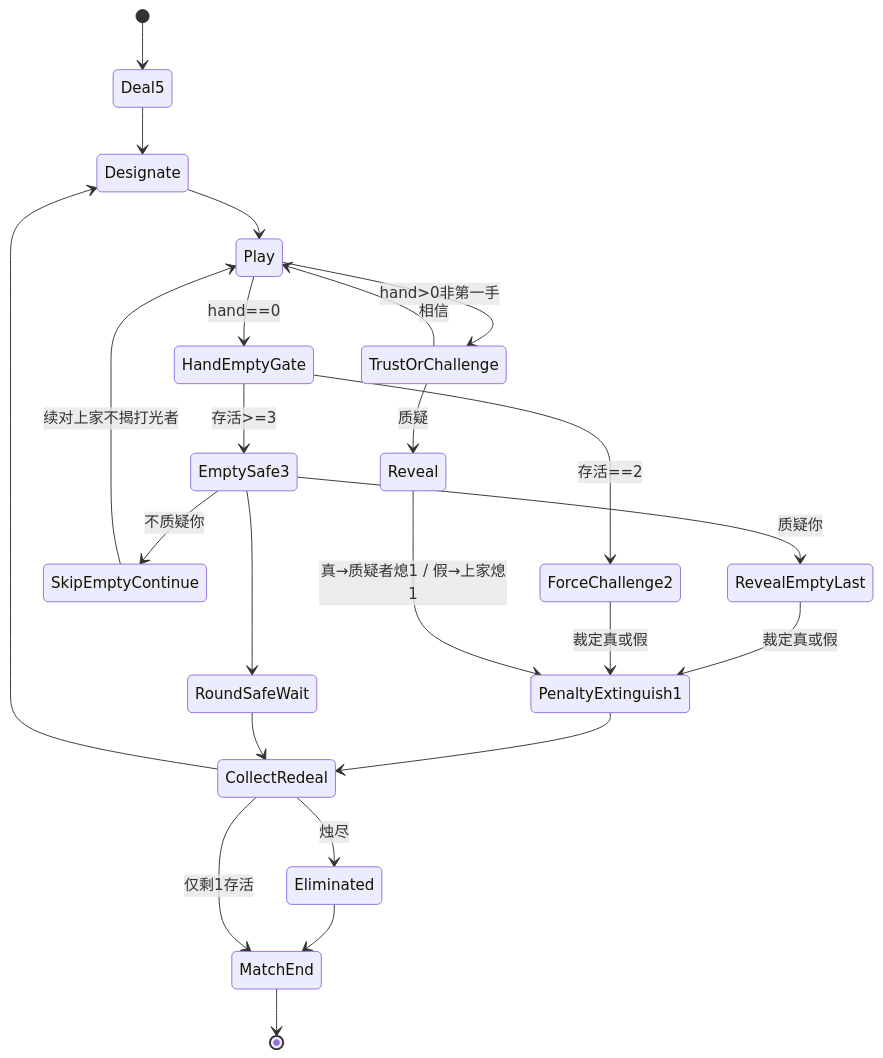
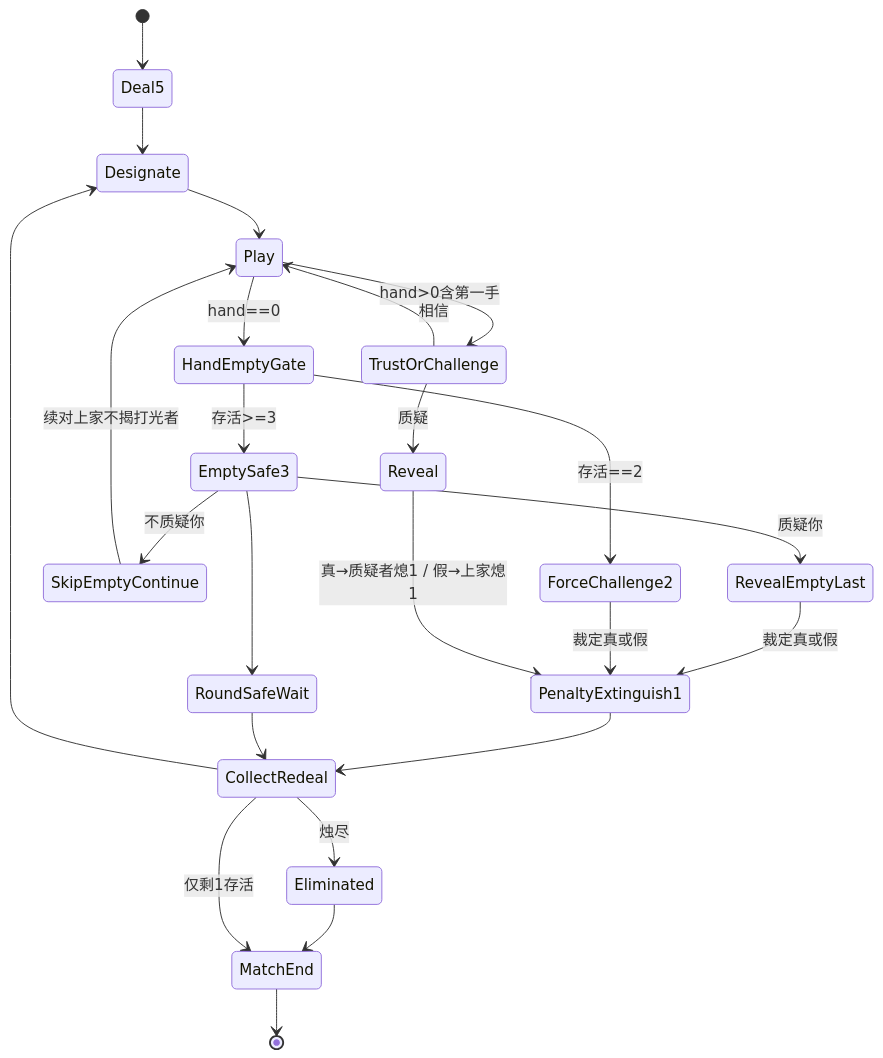
Before and after one commit to xubin0903/LiarBar: the diagram in docs/02-游戏设计/对局-状态机.md, drawn with Mermaid. The commit also changed other lines of this file and 3 other files, not shown here.

````diff
--- a/docs/02-游戏设计/对局-状态机.md
+++ b/docs/02-游戏设计/对局-状态机.md
@@ -76,26 +89,26 @@
 ```mermaid
 stateDiagram-v2
   [*] --> Deal5
   Deal5 --> Designate
   Designate --> Play
-  Play --> TrustOrChallenge: hand>0非第一手
+  Play --> TrustOrChallenge: hand>0含第一手
   Play --> HandEmptyGate: hand==0
   TrustOrChallenge --> Play: 相信
   TrustOrChallenge --> Reveal: 质疑
   HandEmptyGate --> EmptySafe3: 存活>=3
   HandEmptyGate --> ForceChallenge2: 存活==2
   EmptySafe3 --> SkipEmptyContinue: 不质疑你
   EmptySafe3 --> RevealEmptyLast: 质疑你
   SkipEmptyContinue --> Play: 续对上家不揭打光者
   RevealEmptyLast --> PenaltyExtinguish1: 裁定真或假
   ForceChallenge2 --> PenaltyExtinguish1: 裁定真或假
   Reveal --> PenaltyExtinguish1: 真→质疑者熄1 / 假→上家熄1
   PenaltyExtinguish1 --> CollectRedeal
   EmptySafe3 --> RoundSafeWait
   RoundSafeWait --> CollectRedeal
   CollectRedeal --> Designate
   CollectRedeal --> Eliminated: 烛尽
   Eliminated --> MatchEnd
   CollectRedeal --> MatchEnd: 仅剩1存活
   MatchEnd --> [*]
 ```
````
